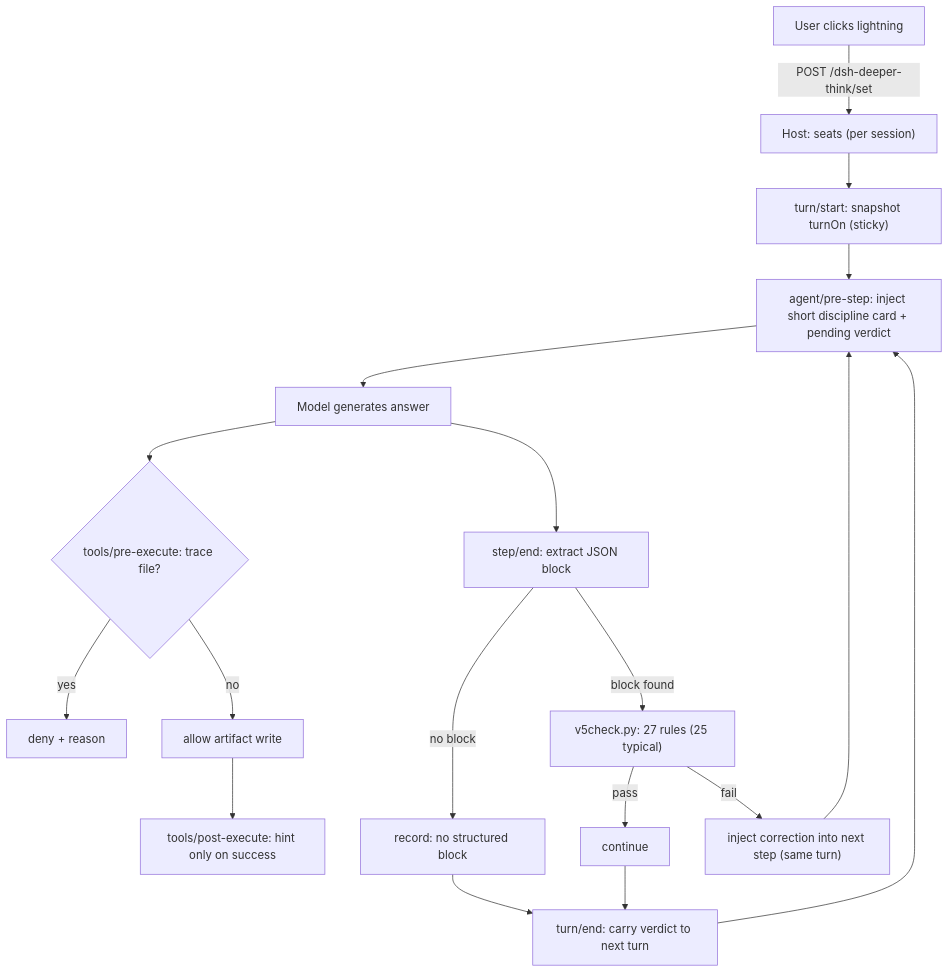
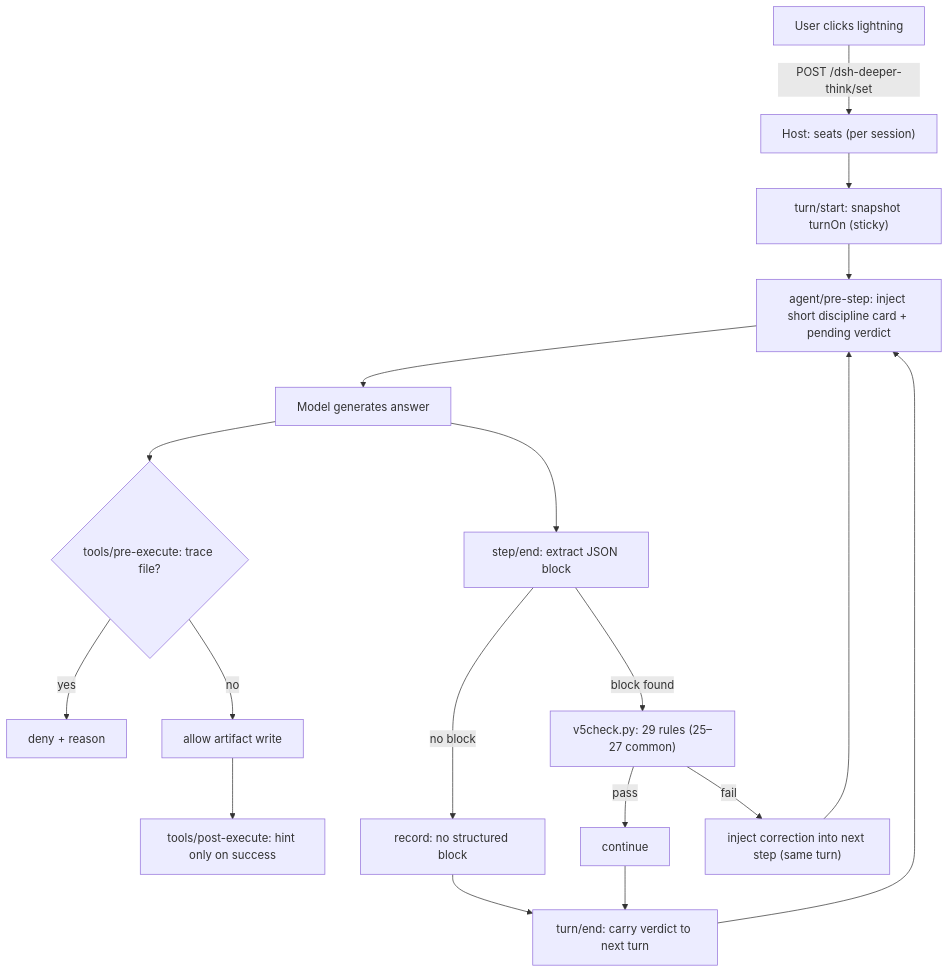
One commit to Voyager77Twt/dsh-deeper-think changed the first of 2 diagrams in README.en.md. Above: the diagram before and after it, drawn with Mermaid. The commit also changed other lines of this file and 13 other files, not shown here.

````diff
--- a/README.en.md
+++ b/README.en.md
@@ -34,20 +35,20 @@
 ```mermaid
 flowchart TD
   U["User clicks lightning"] -->|"POST /dsh-deeper-think/set"| S["Host: seats (per session)"]
   S --> T["turn/start: snapshot turnOn (sticky)"]
   T --> P["agent/pre-step: inject short discipline card + pending verdict"]
   P --> M["Model generates answer"]
   M --> G{"tools/pre-execute: trace file?"}
   G -->|"yes"| D["deny + reason"]
   G -->|"no"| W["allow artifact write"]
   W --> H["tools/post-execute: hint only on success"]
   M --> E["step/end: extract JSON block"]
-  E -->|"block found"| C["v5check.py: 27 rules (25 typical)"]
+  E -->|"block found"| C["v5check.py: 29 rules (25–27 common)"]
   E -->|"no block"| R["record: no structured block"]
   C -->|"pass"| OK["continue"]
   C -->|"fail"| X["inject correction into next step (same turn)"]
   X --> P
   R --> Z["turn/end: carry verdict to next turn"]
   OK --> Z
   Z --> P
 ```
````
